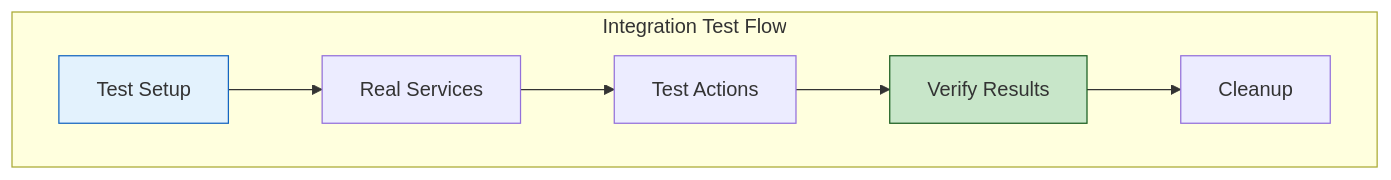
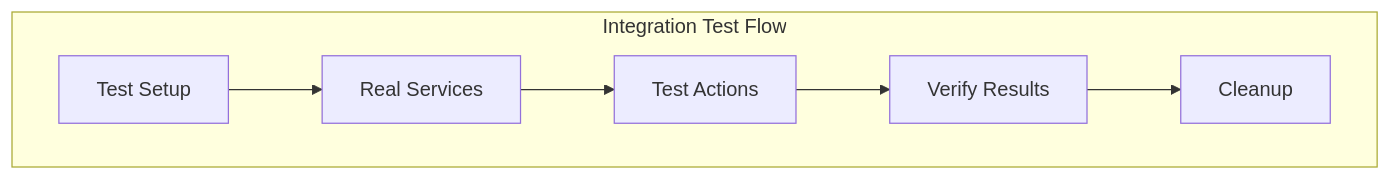
Before and after one commit to o2alexanderfedin/angular-cas-disot: the seventh of 9 diagrams in docs/services/README.md, drawn with Mermaid. The commit also changed other lines of this file and 18 other files, not shown here.

````diff
--- a/docs/services/README.md
+++ b/docs/services/README.md
@@ -248,18 +248,18 @@
 ```mermaid
 graph TD
     subgraph "Integration Test Flow"
         SETUP[Test Setup]
         REAL[Real Services]
         ACTION[Test Actions]
         VERIFY[Verify Results]
         CLEANUP[Cleanup]
     end
     
     SETUP --> REAL
     REAL --> ACTION
     ACTION --> VERIFY
     VERIFY --> CLEANUP
     
-    style SETUP fill:#e3f2fd,stroke:#1565c0
-    style VERIFY fill:#c8e6c9,stroke:#1b5e20
+    
+    
 ```
````
